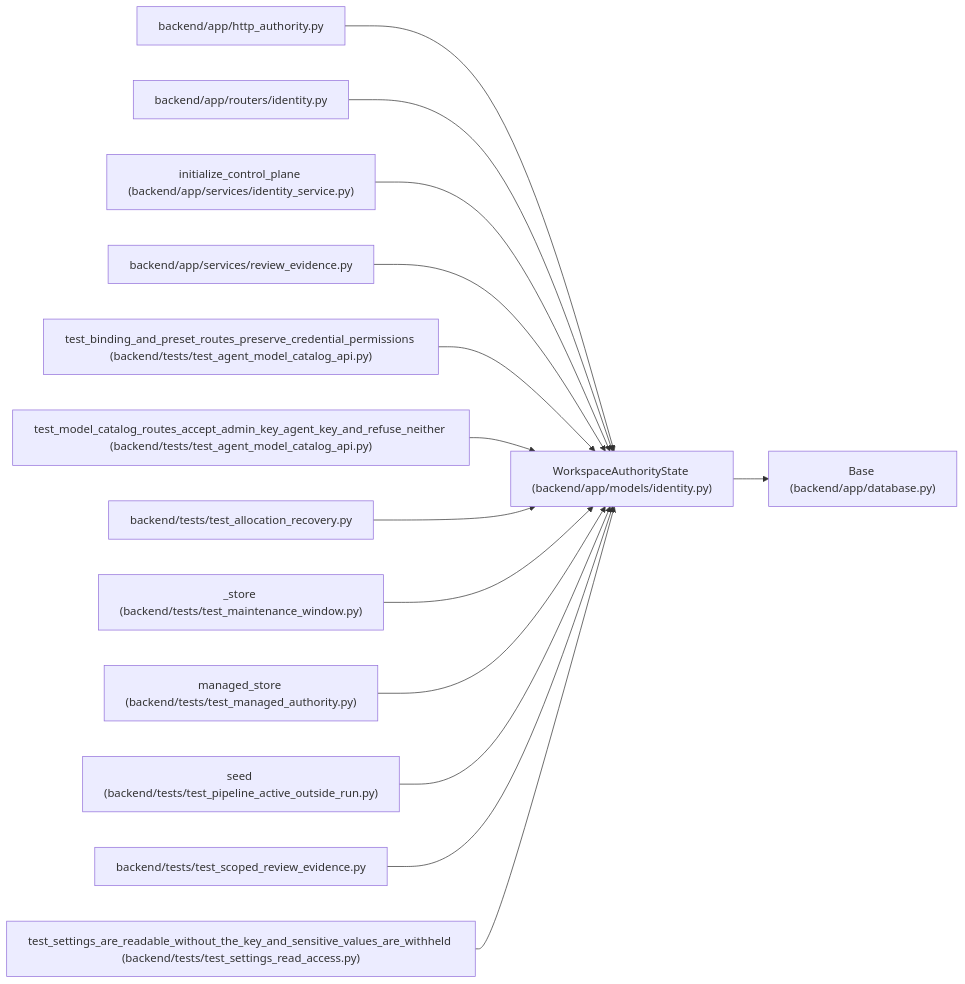
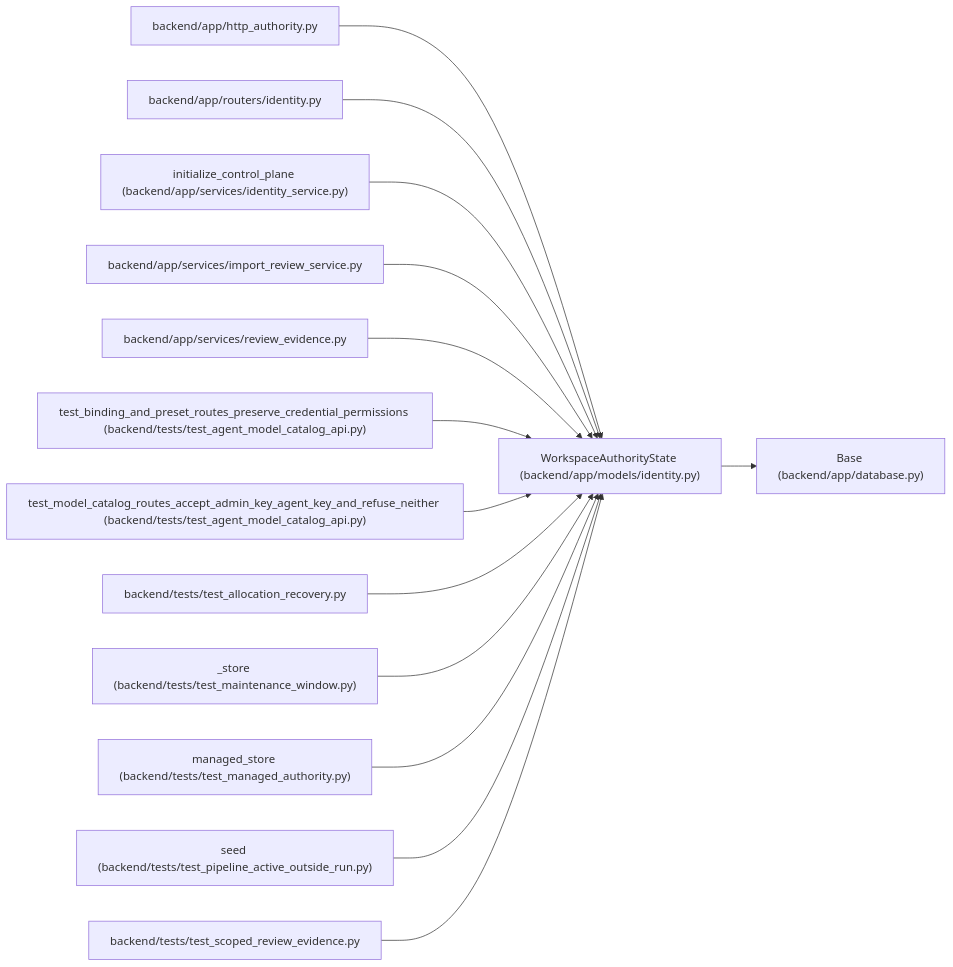
The diagram in docs/llm_wiki/entities/WorkspaceAuthorityState.md (Denissvgn/WorkChord), drawn with Mermaid before and after one commit. The commit also changed other lines of this file and 791 other files, not shown here.

Commit message:
Sync the architectural wiki for the plan-import dry run

````diff
--- a/docs/llm_wiki/entities/WorkspaceAuthorityState.md
+++ b/docs/llm_wiki/entities/WorkspaceAuthorityState.md
@@ -27,44 +27,44 @@
 ```mermaid
 flowchart LR
     n0["WorkspaceAuthorityState (backend/app/models/identity.py)"]
     n1["Base (backend/app/database.py)"]
     n2["backend/app/http_authority.py"]
     n3["backend/app/routers/identity.py"]
     n4["initialize_control_plane (backend/app/services/identity_service.py)"]
-    n5["backend/app/services/review_evidence.py"]
-    n6["test_binding_and_preset_routes_preserve_credential_permissions (backend/tests/test_agent_model_catalog_api.py)"]
-    n7["test_model_catalog_routes_accept_admin_key_agent_key_and_refuse_neither (backend/tests/test_agent_model_catalog_api.py)"]
-    n8["backend/tests/test_allocation_recovery.py"]
-    n9["_store (backend/tests/test_maintenance_window.py)"]
-    n10["managed_store (backend/tests/test_managed_authority.py)"]
-    n11["seed (backend/tests/test_pipeline_active_outside_run.py)"]
-    n12["backend/tests/test_scoped_review_evidence.py"]
-    n13["test_settings_are_readable_without_the_key_and_sensitive_values_are_withheld (backend/tests/test_settings_read_access.py)"]
+    n5["backend/app/services/import_review_service.py"]
+    n6["backend/app/services/review_evidence.py"]
+    n7["test_binding_and_preset_routes_preserve_credential_permissions (backend/tests/test_agent_model_catalog_api.py)"]
+    n8["test_model_catalog_routes_accept_admin_key_agent_key_and_refuse_neither (backend/tests/test_agent_model_catalog_api.py)"]
+    n9["backend/tests/test_allocation_recovery.py"]
+    n10["_store (backend/tests/test_maintenance_window.py)"]
+    n11["managed_store (backend/tests/test_managed_authority.py)"]
+    n12["seed (backend/tests/test_pipeline_active_outside_run.py)"]
+    n13["backend/tests/test_scoped_review_evidence.py"]
     n0 --> n1
     n2 --> n0
     n3 --> n0
     n4 --> n0
     n5 --> n0
     n6 --> n0
     n7 --> n0
     n8 --> n0
     n9 --> n0
     n10 --> n0
     n11 --> n0
     n12 --> n0
     n13 --> n0
     click n0 "../modules/models_identity.md"
     click n1 "../modules/app_database.md"
     click n2 "../modules/http_authority.md"
     click n3 "../modules/routers_identity.md"
     click n4 "../modules/identity_service.md"
-    click n5 "../modules/services_review_evidence.md"
-    click n6 "../modules/test_agent_model_catalog_api.md"
+    click n5 "../modules/import_review_service.md"
+    click n6 "../modules/services_review_evidence.md"
     click n7 "../modules/test_agent_model_catalog_api.md"
-    click n8 "../modules/test_allocation_recovery.md"
-    click n9 "../modules/test_maintenance_window.md"
-    click n10 "../modules/test_managed_authority.md"
-    click n11 "../modules/test_pipeline_active_outside_run.md"
-    click n12 "../modules/test_scoped_review_evidence.md"
-    click n13 "../modules/test_settings_read_access.md"
+    click n8 "../modules/test_agent_model_catalog_api.md"
+    click n9 "../modules/test_allocation_recovery.md"
+    click n10 "../modules/test_maintenance_window.md"
+    click n11 "../modules/test_managed_authority.md"
+    click n12 "../modules/test_pipeline_active_outside_run.md"
+    click n13 "../modules/test_scoped_review_evidence.md"
 ```
````
